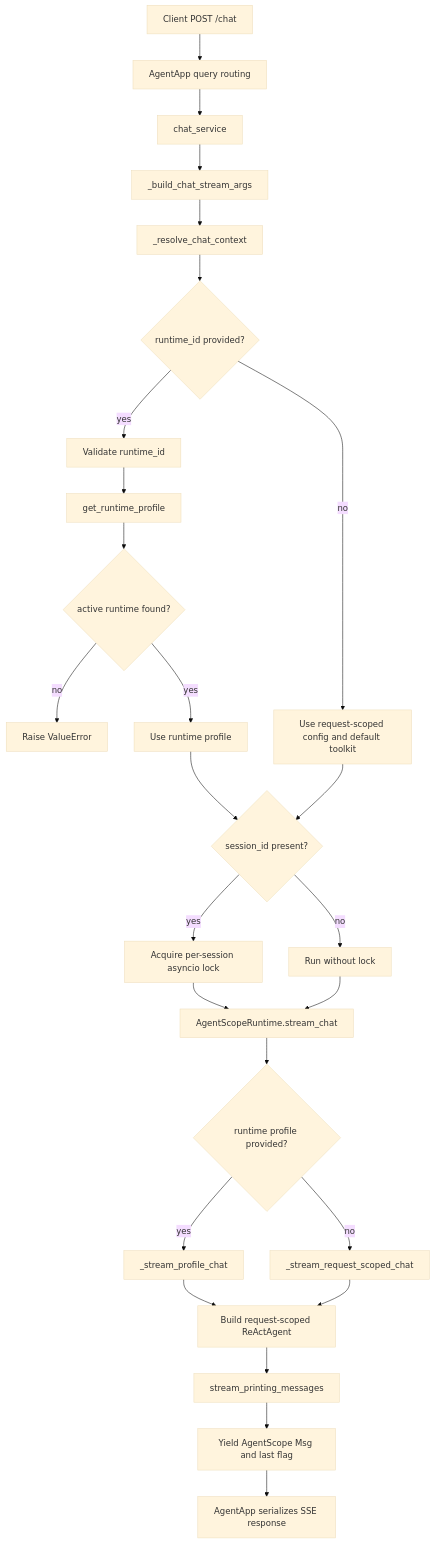
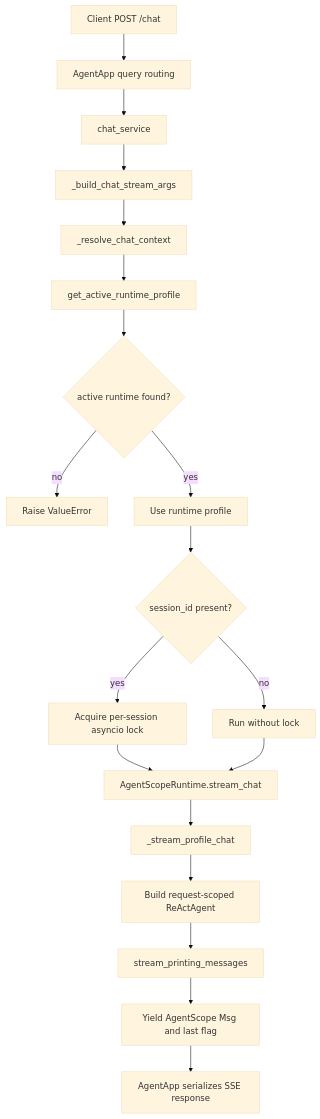
The third of 4 diagrams in docs/architecture.md (mooneclipsed/myagent), drawn with Mermaid (base theme) before and after one commit. The commit also changed other lines of this file and 18 other files, not shown here.

Commit message:
refactor: remove runtime id from runtime profile

````diff
--- a/docs/architecture.md
+++ b/docs/architecture.md
@@ -178,28 +176,21 @@
 ```mermaid
 flowchart TD
     A[Client POST /chat] --> B[AgentApp query routing]
     B --> C[chat_service]
     C --> D[_build_chat_stream_args]
     D --> E[_resolve_chat_context]
-    E --> F{runtime_id provided?}
-    F -- yes --> G[Validate runtime_id]
-    G --> H[get_runtime_profile]
+    E --> H[get_active_runtime_profile]
     H --> I{active runtime found?}
     I -- no --> J[Raise ValueError]
     I -- yes --> K[Use runtime profile]
-    F -- no --> L[Use request-scoped config and default toolkit]
     K --> M{session_id present?}
-    L --> M
     M -- yes --> N[Acquire per-session asyncio lock]
     M -- no --> O[Run without lock]
     N --> P[AgentScopeRuntime.stream_chat]
     O --> P
-    P --> Q{runtime profile provided?}
-    Q -- yes --> R[_stream_profile_chat]
-    Q -- no --> S[_stream_request_scoped_chat]
+    P --> R[_stream_profile_chat]
     R --> T[Build request-scoped ReActAgent]
-    S --> T
     T --> U[stream_printing_messages]
     U --> V[Yield AgentScope Msg and last flag]
     V --> W[AgentApp serializes SSE response]
 ```
````
